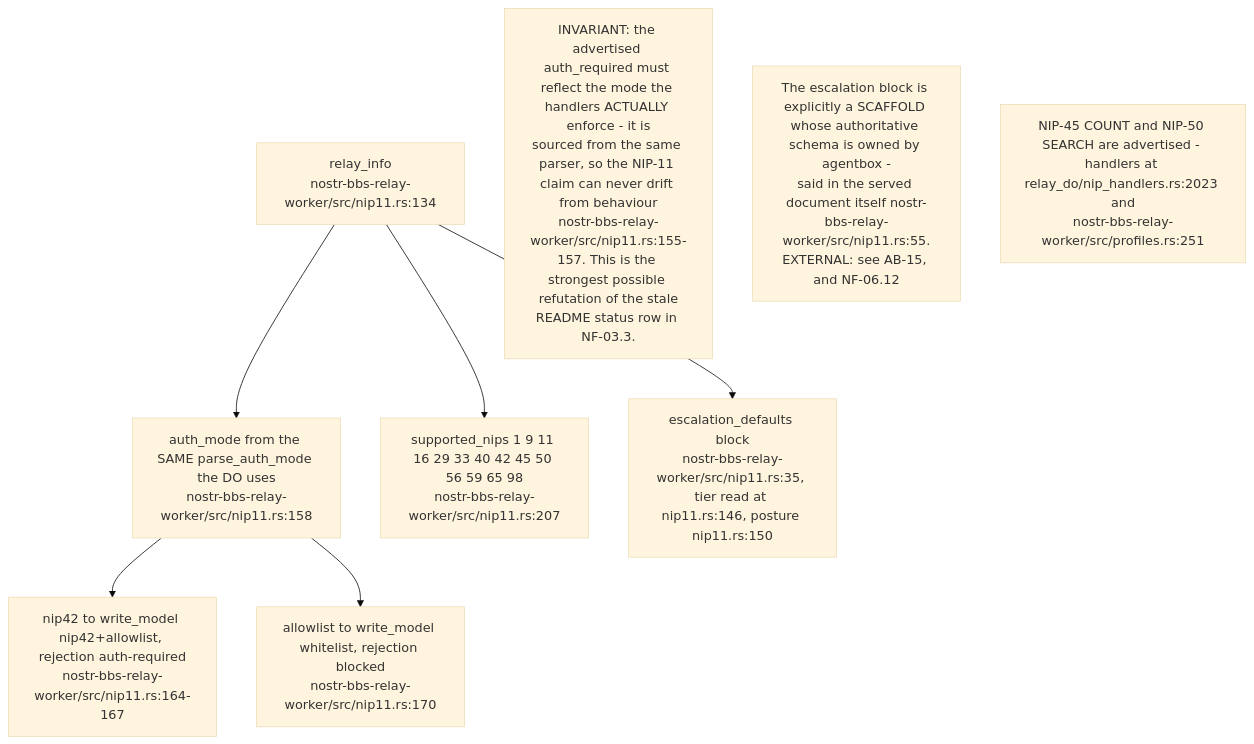
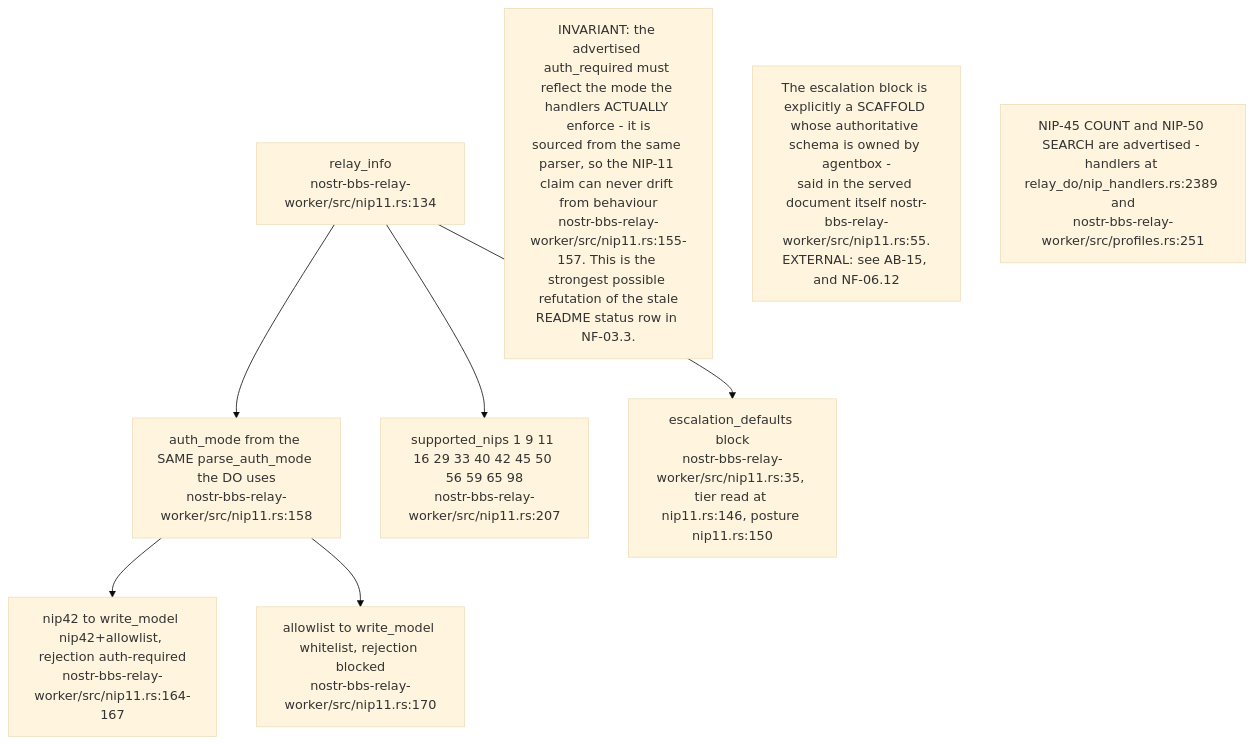
Before and after one commit to DreamLab-AI/VisionFlow: diagram 13 of 16 in docs/diagrams/nostr-rust-forum/11-relay-durable-object-internals.md, drawn with Mermaid (base theme). The commit also changed other lines of this file and 160 other files, not shown here.

````diff
--- a/docs/diagrams/nostr-rust-forum/11-relay-durable-object-internals.md
+++ b/docs/diagrams/nostr-rust-forum/11-relay-durable-object-internals.md
@@ -394,17 +406,17 @@
 ```mermaid
 flowchart TB
     RI["relay_info<br/>nostr-bbs-relay-worker/src/nip11.rs:134"]
     AM["auth_mode from the SAME parse_auth_mode the DO uses<br/>nostr-bbs-relay-worker/src/nip11.rs:158"]
     LBL["nip42 to write_model nip42+allowlist, rejection auth-required<br/>nostr-bbs-relay-worker/src/nip11.rs:164-167"]
     ALT["allowlist to write_model whitelist, rejection blocked<br/>nostr-bbs-relay-worker/src/nip11.rs:170"]
     NIPS["supported_nips 1 9 11 16 29 33 40 42 45 50 56 59 65 98<br/>nostr-bbs-relay-worker/src/nip11.rs:207"]
     ESC["escalation_defaults block<br/>nostr-bbs-relay-worker/src/nip11.rs:35, tier read at nip11.rs:146, posture nip11.rs:150"]
 
     RI --> AM --> LBL
     AM --> ALT
     RI --> NIPS & ESC
 
     N1["INVARIANT: the advertised auth_required must reflect the mode the handlers ACTUALLY enforce - it is<br/>sourced from the same parser, so the NIP-11 claim can never drift from behaviour<br/>nostr-bbs-relay-worker/src/nip11.rs:155-157. This is the strongest possible refutation of the stale<br/>README status row in NF-03.3."]
     N2["The escalation block is explicitly a SCAFFOLD whose authoritative schema is owned by agentbox -<br/>said in the served document itself nostr-bbs-relay-worker/src/nip11.rs:55.<br/>EXTERNAL: see AB-15, and NF-06.12"]
-    N3["NIP-45 COUNT and NIP-50 SEARCH are advertised - handlers at relay_do/nip_handlers.rs:2023 and<br/>nostr-bbs-relay-worker/src/profiles.rs:251"]
+    N3["NIP-45 COUNT and NIP-50 SEARCH are advertised - handlers at relay_do/nip_handlers.rs:2389 and<br/>nostr-bbs-relay-worker/src/profiles.rs:251"]
 ```
````
